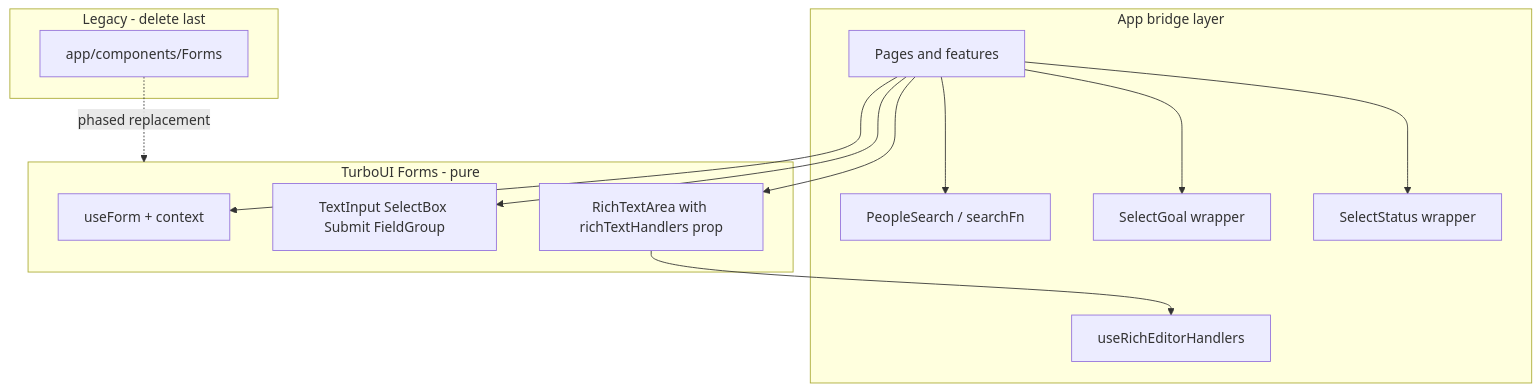
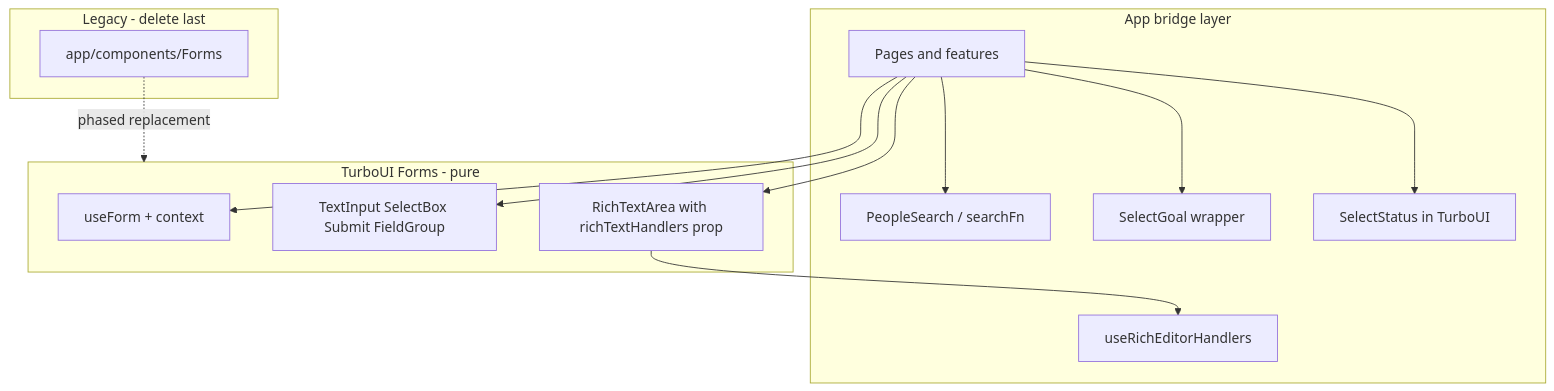
One commit to operately/operately changed the diagram in specs/0014-forms-turboui-migration.md. Above: the diagram before and after it, drawn with Mermaid. The commit also changed other lines of this file and 20 other files, not shown here.

First line of the commit message:
chore: Migrate check-in forms to TurboUI and add SelectStatus bridge (#4793)

````diff
--- a/specs/0014-forms-turboui-migration.md
+++ b/specs/0014-forms-turboui-migration.md
@@ -99,29 +99,29 @@
 ```mermaid
 flowchart TB
   subgraph turboui [TurboUI Forms - pure]
     useForm[useForm + context]
     primitives[TextInput SelectBox Submit FieldGroup]
     richText[RichTextArea with richTextHandlers prop]
   end
 
   subgraph appBridge [App bridge layer]
     pages[Pages and features]
     handlers[useRichEditorHandlers]
     peopleSearch[PeopleSearch / searchFn]
     goalSelect[SelectGoal wrapper]
-    statusSelect[SelectStatus wrapper]
+    statusSelect[SelectStatus in TurboUI]
   end
 
   subgraph legacy [Legacy - delete last]
     appForms[app/components/Forms]
   end
 
   pages --> useForm
   pages --> primitives
   pages --> richText
   richText --> handlers
   pages --> peopleSearch
   pages --> goalSelect
   pages --> statusSelect
   appForms -.->|phased replacement| turboui
 ```
````
